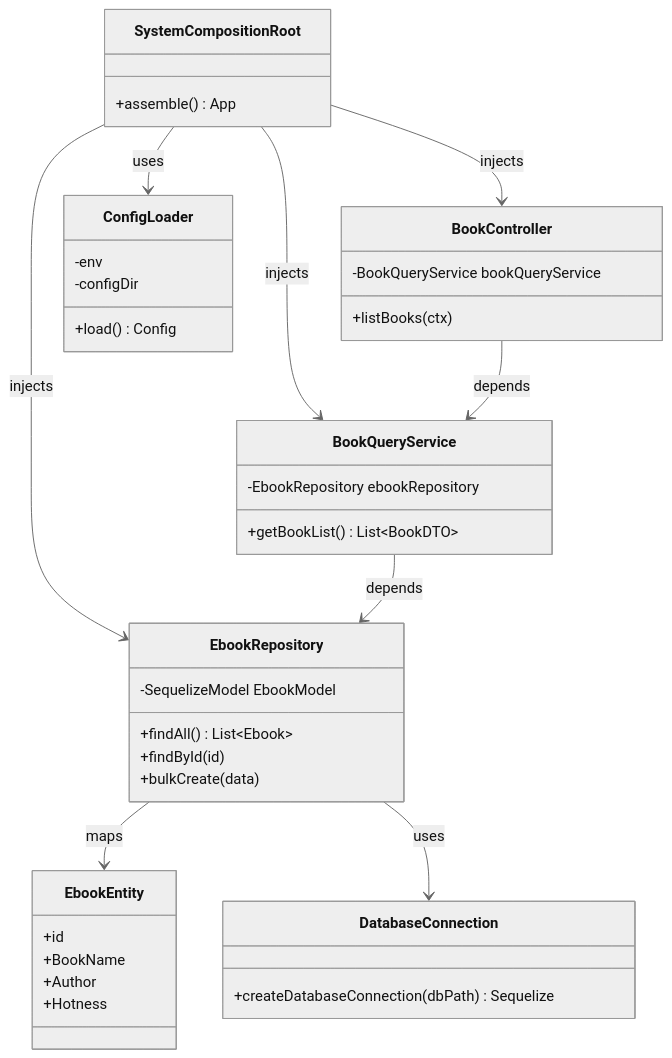
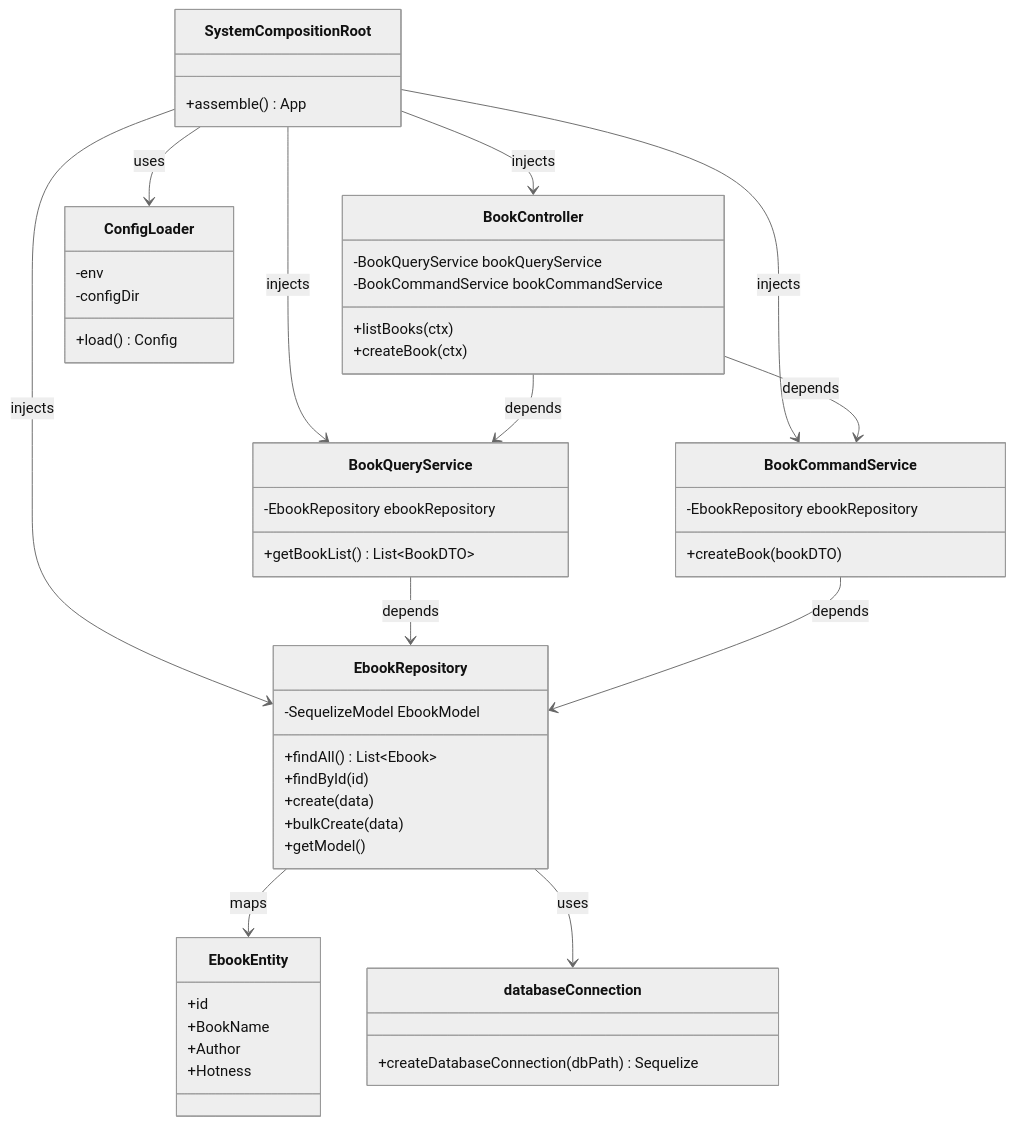
The diagram in docs/class-diagram.mmd (EbookWorkshop/Api-v4), drawn with Mermaid (neutral theme) before and after one commit. The commit also changed 54 other files, not shown here.

```diff
--- a/docs/class-diagram.mmd
+++ b/docs/class-diagram.mmd
@@ -1,47 +1,59 @@
 classDiagram
     class BookController {
         -BookQueryService bookQueryService
+        -BookCommandService bookCommandService
         +listBooks(ctx)
+        +createBook(ctx)
     }
 
     class BookQueryService {
         -EbookRepository ebookRepository
         +getBookList() List~BookDTO~
     }
 
+    class BookCommandService {
+        -EbookRepository ebookRepository
+        +createBook(bookDTO)
+    }
+
     class EbookRepository {
         -SequelizeModel EbookModel
         +findAll() List~Ebook~
         +findById(id)
+        +create(data)
         +bulkCreate(data)
+        +getModel()
     }
 
     class EbookEntity {
         +id
         +BookName
         +Author
         +Hotness
     }
 
     class ConfigLoader {
         -env
         -configDir
         +load() Config
     }
 
-    class DatabaseConnection {
+    class databaseConnection {
         +createDatabaseConnection(dbPath) Sequelize
     }
 
     class SystemCompositionRoot {
         +assemble() App
     }
 
     SystemCompositionRoot --> BookController : injects
     SystemCompositionRoot --> BookQueryService : injects
+    SystemCompositionRoot --> BookCommandService : injects
     SystemCompositionRoot --> EbookRepository : injects
     SystemCompositionRoot --> ConfigLoader : uses
     BookController --> BookQueryService : depends
+    BookController --> BookCommandService : depends
     BookQueryService --> EbookRepository : depends
+    BookCommandService --> EbookRepository : depends
     EbookRepository --> EbookEntity : maps
-    EbookRepository --> DatabaseConnection : uses
+    EbookRepository --> databaseConnection : uses
```
